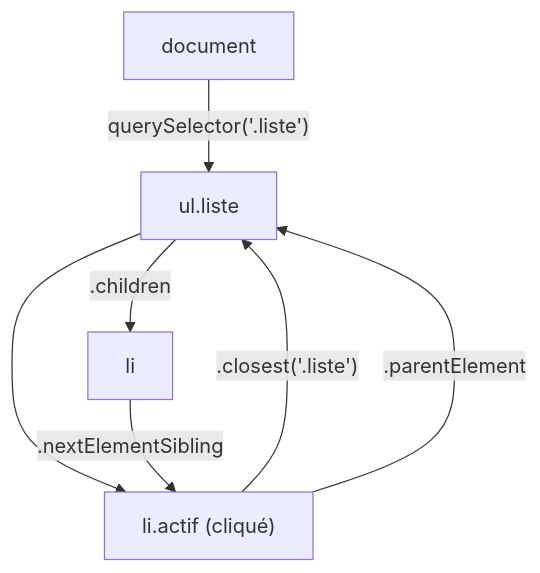
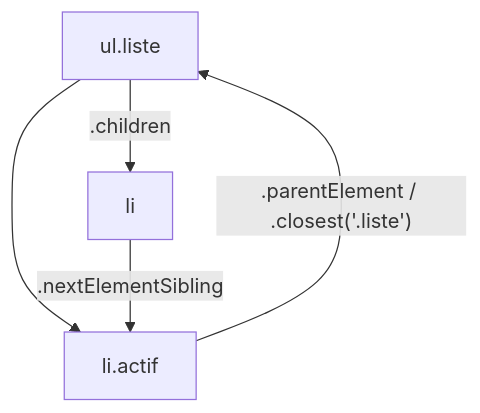
Before and after one commit to galsen-76/Informatique-: the diagram in 03-Langage/JavaScript/JS-14-Selectionner-Elements-DOM.md, drawn with Mermaid. The commit also changed other lines of this file and 43 other files, not shown here.

````diff
--- a/03-Langage/JavaScript/JS-14-Selectionner-Elements-DOM.md
+++ b/03-Langage/JavaScript/JS-14-Selectionner-Elements-DOM.md
@@ -79,9 +55,7 @@
 ```mermaid
 flowchart TB
-  D["document"] -->|"querySelector('.liste')"| L["ul.liste"]
-  L -->|".children"| A["li"]
-  L --> B["li.actif (cliqué)"]
-  B -->|".closest('.liste')"| L
-  B -->|".parentElement"| L
+  L["ul.liste"] -->|".children"| A["li"]
+  L --> B["li.actif"]
+  B -->|".parentElement / .closest('.liste')"| L
   A -->|".nextElementSibling"| B
 ```
````
